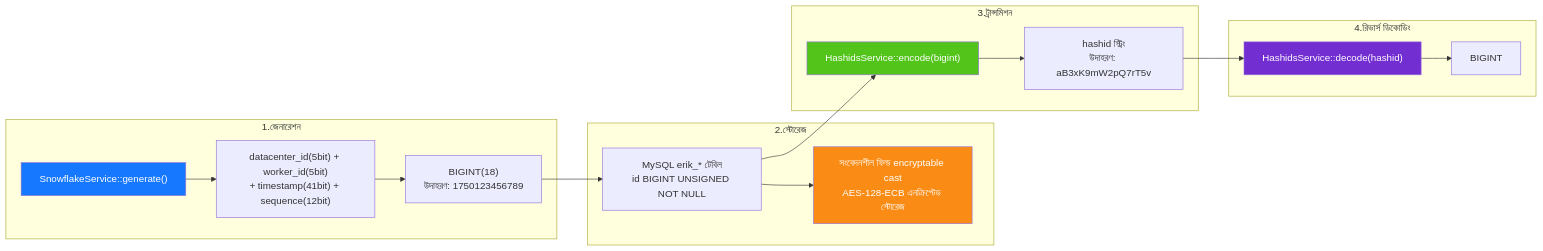
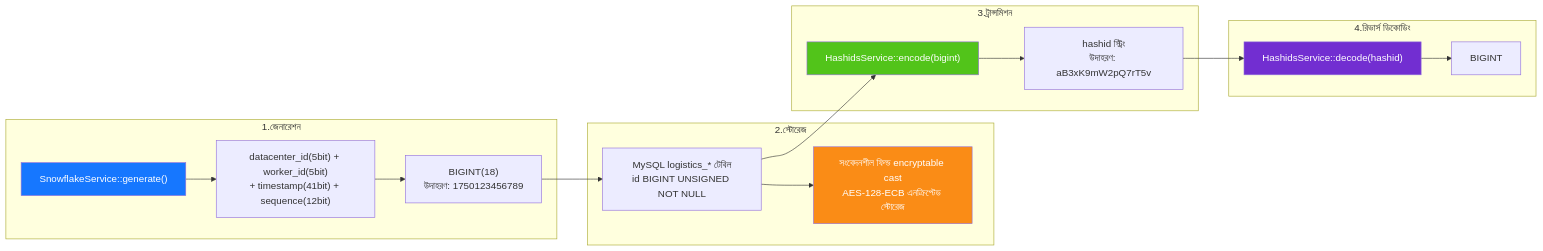
The diagram in admin/docs/diagrams/06-id-lifecycle.bn.md (erikwang2013/integrated-global-logistics), drawn with Mermaid before and after one commit. The commit also changed 211 other files, not shown here.

````diff
--- a/admin/docs/diagrams/06-id-lifecycle.bn.md
+++ b/admin/docs/diagrams/06-id-lifecycle.bn.md
@@ -7,32 +7,32 @@
 ```mermaid
 flowchart LR
     subgraph gen["1.জেনারেশন"]
         g1["SnowflakeService::generate()"]
         g2["datacenter_id(5bit) + worker_id(5bit)<br/>+ timestamp(41bit) + sequence(12bit)"]
         g3["BIGINT(18)<br/>উদাহরণ: 1750123456789"]
         g1 --> g2 --> g3
     end
 
     subgraph store["2.স্টোরেজ"]
-        s1["MySQL erik_* টেবিল<br/>id BIGINT UNSIGNED NOT NULL"]
+        s1["MySQL logistics_* টেবিল<br/>id BIGINT UNSIGNED NOT NULL"]
         s2["সংবেদনশীল ফিল্ড encryptable cast<br/>AES-128-ECB এনক্রিপ্টেড স্টোরেজ"]
         g3 --> s1 --> s2
     end
 
     subgraph transfer["3.ট্রান্সমিশন"]
         t1["HashidsService::encode(bigint)"]
         t2["hashid স্ট্রিং<br/>উদাহরণ: aB3xK9mW2pQ7rT5v"]
         s1 --> t1 --> t2
     end
 
     subgraph reverse["4.রিভার্স ডিকোডিং"]
         r1["HashidsService::decode(hashid)"]
         r2["BIGINT"]
         t2 --> r1 --> r2
     end
 
     style g1 fill:#1677FF,color:#fff
     style s2 fill:#FA8C16,color:#fff
     style t1 fill:#52C41A,color:#fff
     style r1 fill:#722ED1,color:#fff
 ```
````
